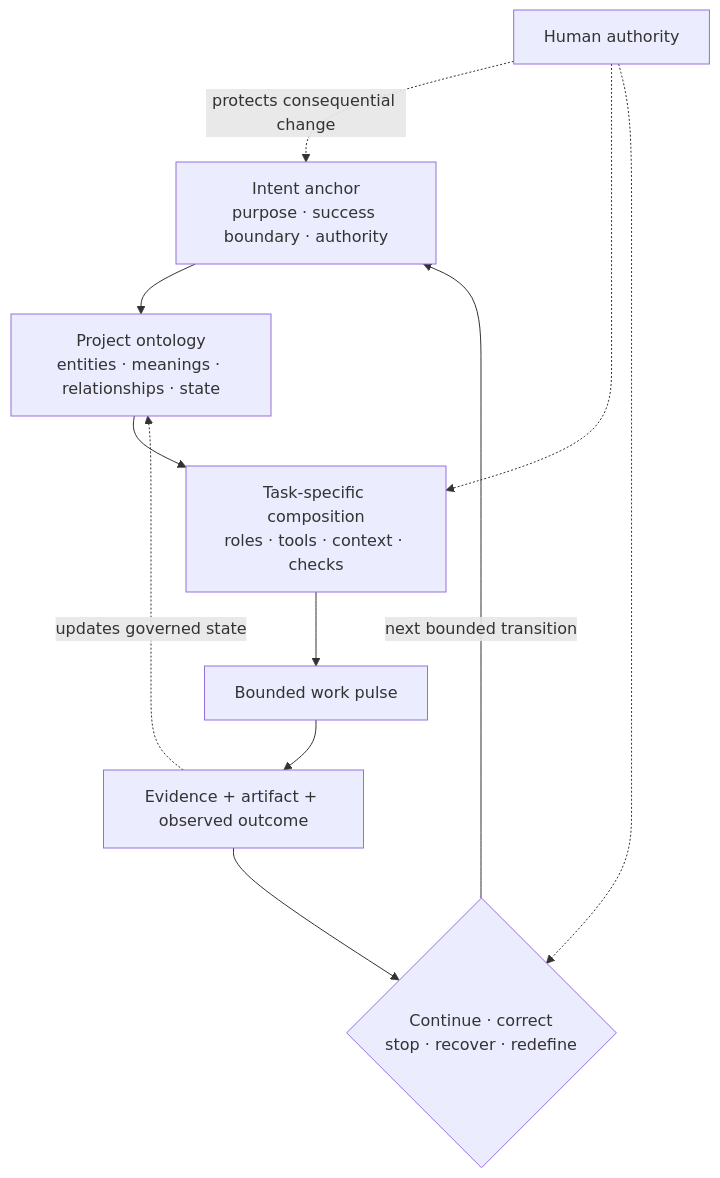
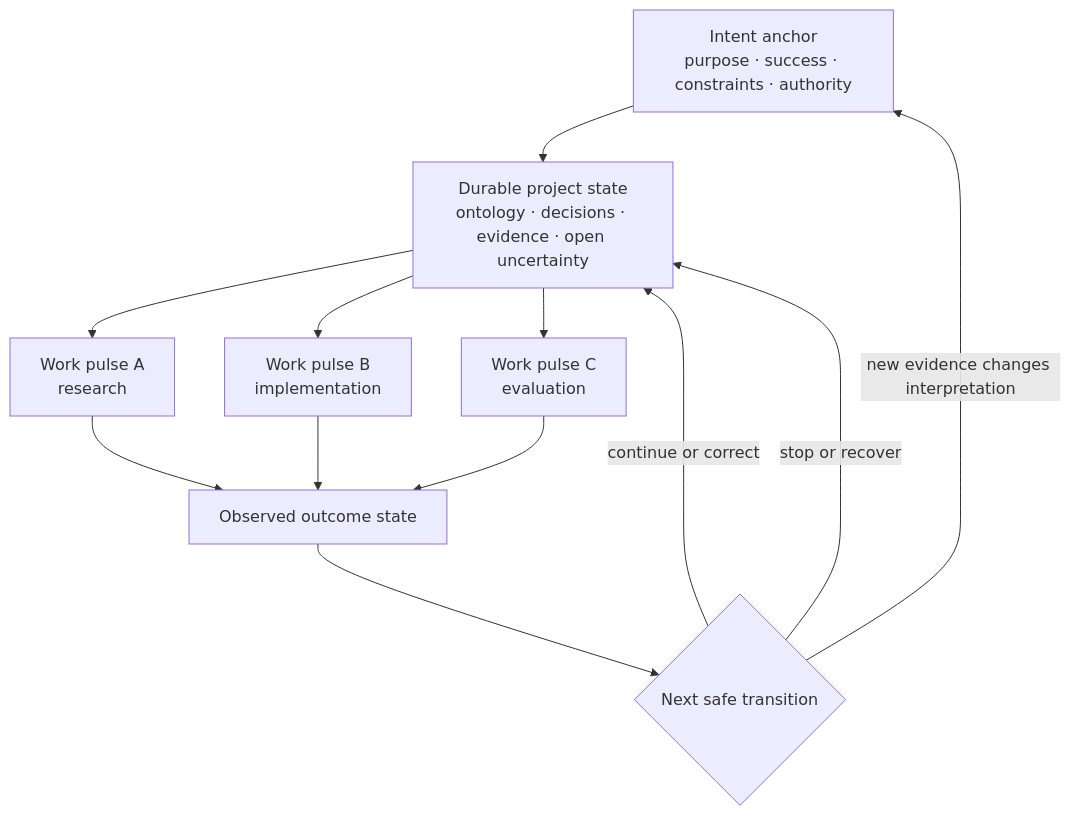
Before and after one commit to yiwei79/root-azoth: the second of 5 diagrams in docs/INTENT_TO_OUTCOME_ENGINEERING.md, drawn with Mermaid. The commit also changed other lines of this file and 5 other files, not shown here.

Commit message:
docs: braid Azoth evidence and durable-system thesis

````diff
--- a/docs/INTENT_TO_OUTCOME_ENGINEERING.md
+++ b/docs/INTENT_TO_OUTCOME_ENGINEERING.md
@@ -73,17 +94,22 @@
 ```mermaid
 flowchart TB
-    I["Intent anchor<br/>purpose · success boundary · authority"]
-    O["Project ontology<br/>entities · meanings · relationships · state"]
-    C["Task-specific composition<br/>roles · tools · context · checks"]
-    P["Bounded work pulse"]
-    E["Evidence + artifact + observed outcome"]
-    J{"Continue · correct<br/>stop · recover · redefine"}
-    H["Human authority"]
+    A["Intent anchor<br/>purpose · success · constraints · authority"]
+    S["Durable project state<br/>ontology · decisions · evidence · open uncertainty"]
+    P1["Work pulse A<br/>research"]
+    P2["Work pulse B<br/>implementation"]
+    P3["Work pulse C<br/>evaluation"]
+    O["Observed outcome state"]
+    N{"Next safe transition"}
 
-    I --> O --> C --> P --> E --> J
-    J -->|next bounded transition| I
-    H -.->|protects consequential change| I
-    H -.-> C
-    H -.-> J
-    E -.->|updates governed state| O
+    A --> S
+    S --> P1
+    S --> P2
+    S --> P3
+    P1 --> O
+    P2 --> O
+    P3 --> O
+    O --> N
+    N -->|continue or correct| S
+    N -->|new evidence changes interpretation| A
+    N -->|stop or recover| S
 ```
````
